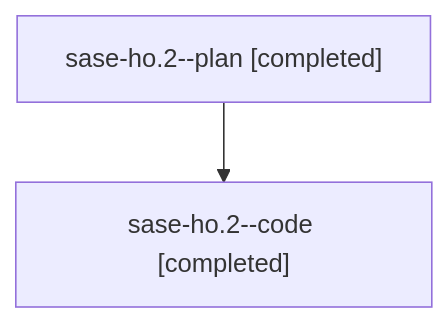
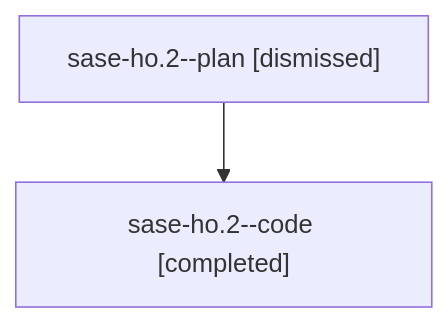
One commit to sase-org/sase--agents changed the diagram in families/bbugyi200.athena.sase-ho.2.md. Above: the diagram before and after it, drawn with Mermaid. The commit also changed other lines of this file and 1475 other files, not shown here.

````diff
--- a/families/bbugyi200.athena.sase-ho.2.md
+++ b/families/bbugyi200.athena.sase-ho.2.md
@@ -9,6 +9,6 @@
 ```mermaid
 flowchart TD
-  n0["sase-ho.2--plan [completed]"]
+  n0["sase-ho.2--plan [dismissed]"]
   n1["sase-ho.2--code [completed]"]
   n0 --> n1
 ```
````
